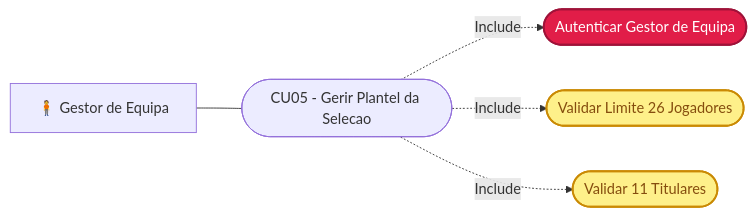
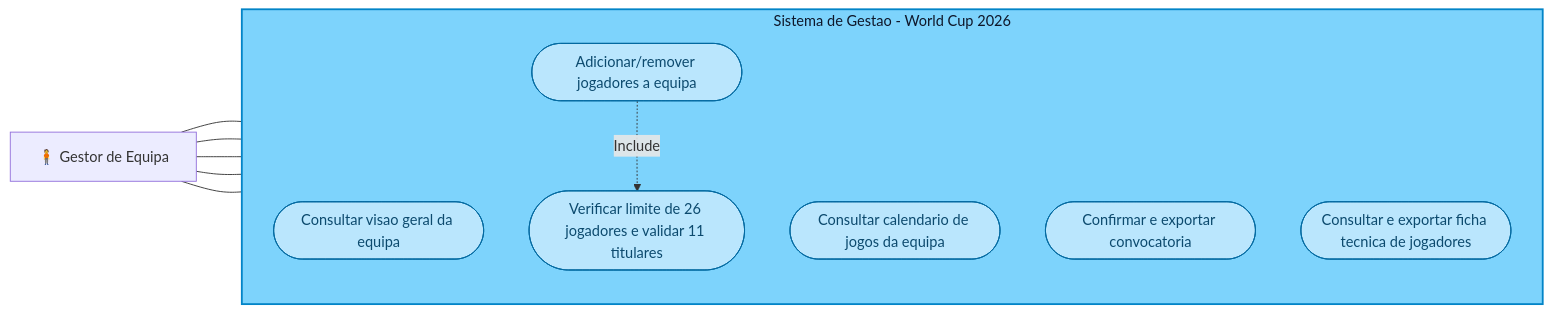
Before and after one commit to experimentos373-creator/ES: the seventh of 10 diagrams in DIAGRAMA_CASOS_USO.md, drawn with Mermaid. The commit also changed other lines of this file and 1 other file, not shown here.

Commit message:
docs(iconix): atualizar diagramas de casos de uso para fidelidade 100% com imagens oficiais

````diff
--- a/DIAGRAMA_CASOS_USO.md
+++ b/DIAGRAMA_CASOS_USO.md
@@ -143,19 +195,27 @@
 ```mermaid
 flowchart LR
   GEqui["🧍 Gestor de Equipa"]
+  subgraph Sistema["Sistema de Gestao - World Cup 2026"]
+    direction TB
+    CU1(["Consultar visao geral da equipa"])
+    CU2(["Consultar calendario de jogos da equipa"])
+    CU3(["Adicionar/remover jogadores a equipa"])
+    CU3_sub(["Verificar limite de 26 jogadores e validar 11 titulares"])
+    CU4(["Confirmar e exportar convocatoria"])
+    CU5(["Consultar e exportar ficha tecnica de jogadores"])
+  end
+  GEqui --- CU1
+  GEqui --- CU2
+  GEqui --- CU3
+  GEqui --- CU4
+  GEqui --- CU5
+  CU3 -.->|Include| CU3_sub
 
-  Login(["Autenticar Gestor de Equipa"])
-  CU05(["CU05 - Gerir Plantel da Selecao"])
-  CU05_sub1(["Validar Limite 26 Jogadores"])
-  CU05_sub2(["Validar 11 Titulares"])
-
-  GEqui --- CU05
-
-  CU05 -.->|Include| Login
-  CU05 -.->|Include| CU05_sub1
-  CU05 -.->|Include| CU05_sub2
-
-  style Login fill:#E11D48,stroke:#9F1239,color:#ffffff,stroke-width:2px
-  style CU05_sub1 fill:#FEF08A,stroke:#CA8A04,color:#854D0E,stroke-width:2px
-  style CU05_sub2 fill:#FEF08A,stroke:#CA8A04,color:#854D0E,stroke-width:2px
+  style Sistema fill:#7DD3FC,stroke:#0284C7,stroke-width:2px,color:#0f172a
+  style CU1 fill:#BAE6FD,stroke:#0369A1,color:#0c4a6e,stroke-width:1px
+  style CU2 fill:#BAE6FD,stroke:#0369A1,color:#0c4a6e,stroke-width:1px
+  style CU3 fill:#BAE6FD,stroke:#0369A1,color:#0c4a6e,stroke-width:1px
+  style CU3_sub fill:#BAE6FD,stroke:#0369A1,color:#0c4a6e,stroke-width:1px
+  style CU4 fill:#BAE6FD,stroke:#0369A1,color:#0c4a6e,stroke-width:1px
+  style CU5 fill:#BAE6FD,stroke:#0369A1,color:#0c4a6e,stroke-width:1px
 ```
````
